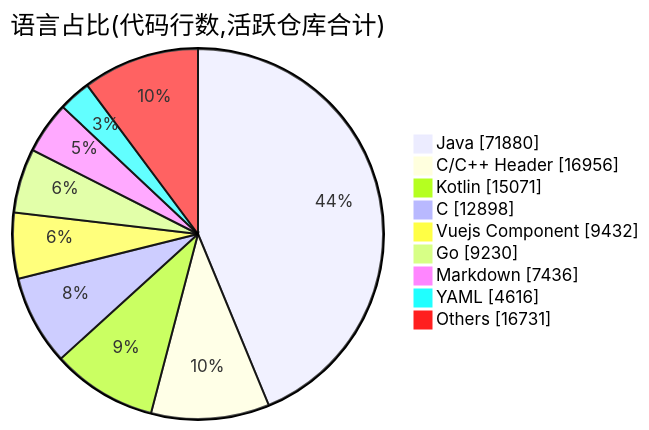
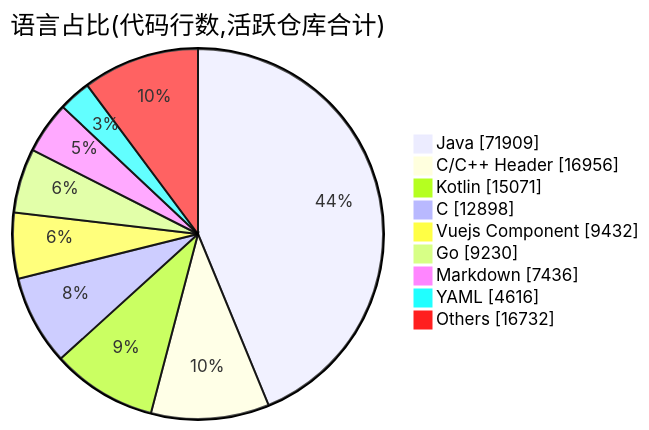
One commit to Conflux-Union/.github changed the second of 2 diagrams in profile/README.md. Above: the diagram before and after it, drawn with Mermaid. The commit also changed other lines of this file and 1 other file, not shown here.

````diff
--- a/profile/README.md
+++ b/profile/README.md
@@ -74,13 +74,13 @@
 ```mermaid
 pie showData
     title 语言占比(代码行数,活跃仓库合计)
-    "Java" : 71880
+    "Java" : 71909
     "C/C++ Header" : 16956
     "Kotlin" : 15071
     "C" : 12898
     "Vuejs Component" : 9432
     "Go" : 9230
     "Markdown" : 7436
     "YAML" : 4616
-    "Others" : 16731
+    "Others" : 16732
 ```
````
